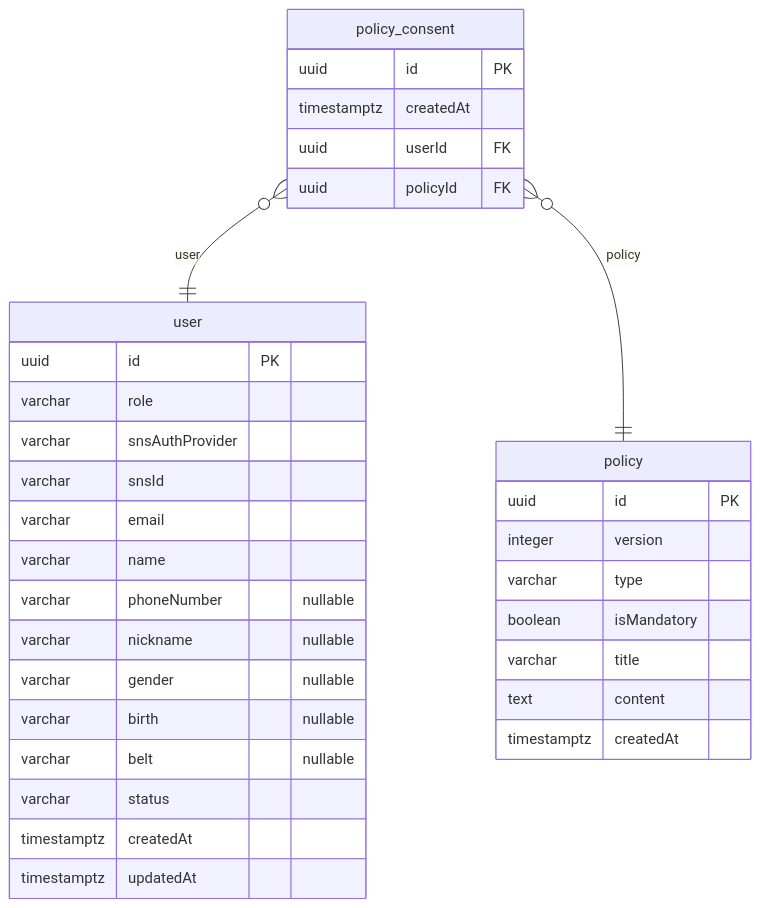
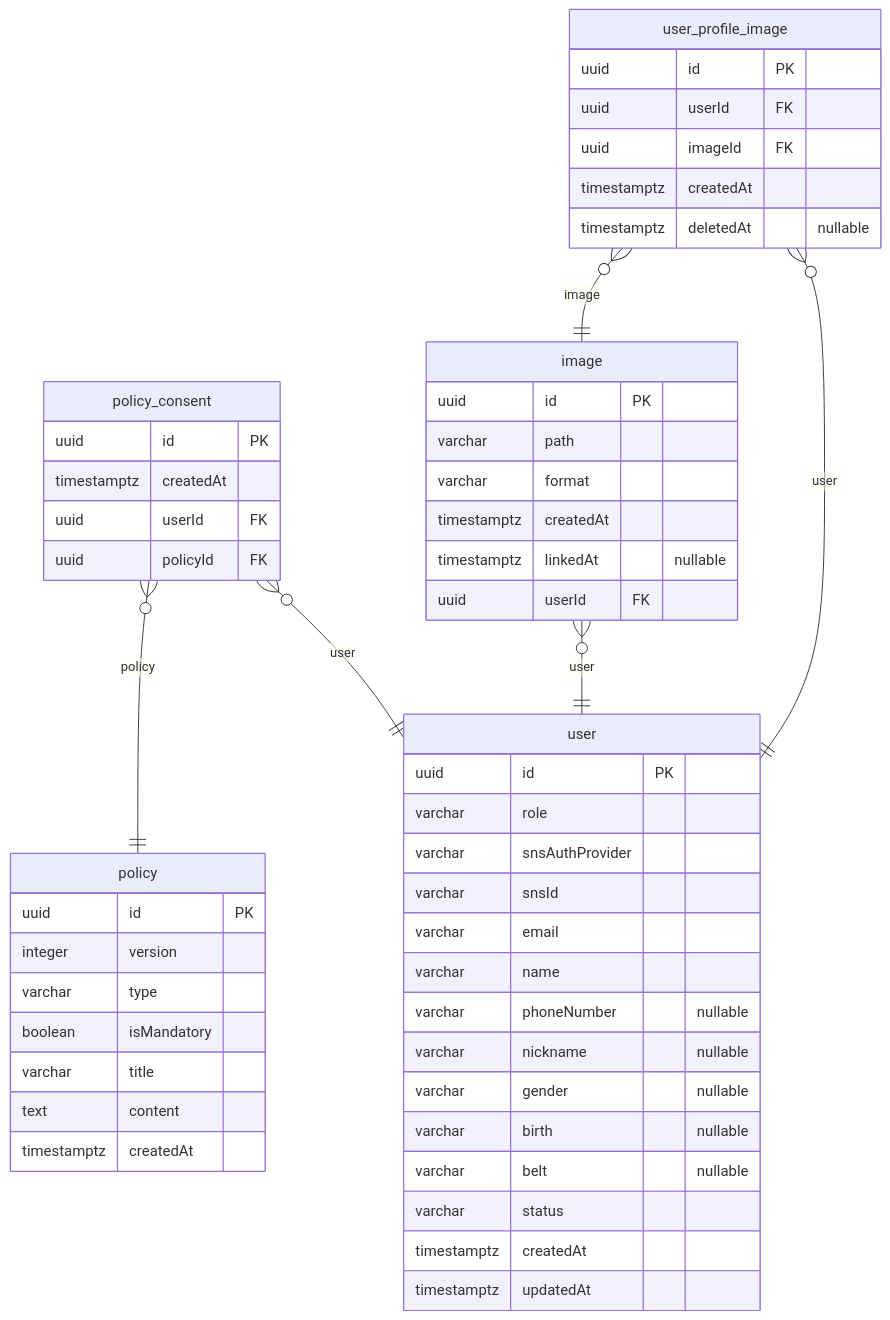
One commit to NAJUHA-JIUJITSU/najuha-v2-be changed the first of 5 diagrams in docs/najiha-v2-erd.md. Above: the diagram before and after it, drawn with Mermaid. The commit also changed other lines of this file and 10 other files, not shown here.

Commit message:
NJH-400 feat: post, comment  user nickname, profileImage 추가

````diff
--- a/docs/najiha-v2-erd.md
+++ b/docs/najiha-v2-erd.md
@@ -20,36 +20,54 @@
 ```mermaid
 erDiagram
   policy {
     uuid id PK
     integer version
     varchar type
     boolean isMandatory
     varchar title
     text content
     timestamptz createdAt
   }
   policy_consent {
     uuid id PK
     timestamptz createdAt
     uuid userId FK
     uuid policyId FK
   }
+  user_profile_image {
+    uuid id PK
+    uuid userId FK
+    uuid imageId FK
+    timestamptz createdAt
+    timestamptz deletedAt "nullable"
+  }
   user {
     uuid id PK
     varchar role
     varchar snsAuthProvider
     varchar snsId
     varchar email
     varchar name
     varchar phoneNumber "nullable"
     varchar nickname "nullable"
     varchar gender "nullable"
     varchar birth "nullable"
     varchar belt "nullable"
     varchar status
     timestamptz createdAt
     timestamptz updatedAt
   }
+  image {
+    uuid id PK
+    varchar path
+    varchar format
+    timestamptz createdAt
+    timestamptz linkedAt "nullable"
+    uuid userId FK
+  }
   policy_consent }o--|| user: user
   policy_consent }o--|| policy: policy
+  user_profile_image }o--|| user: user
+  user_profile_image }o--|| image: image
+  image }o--|| user: user
 ```
````
